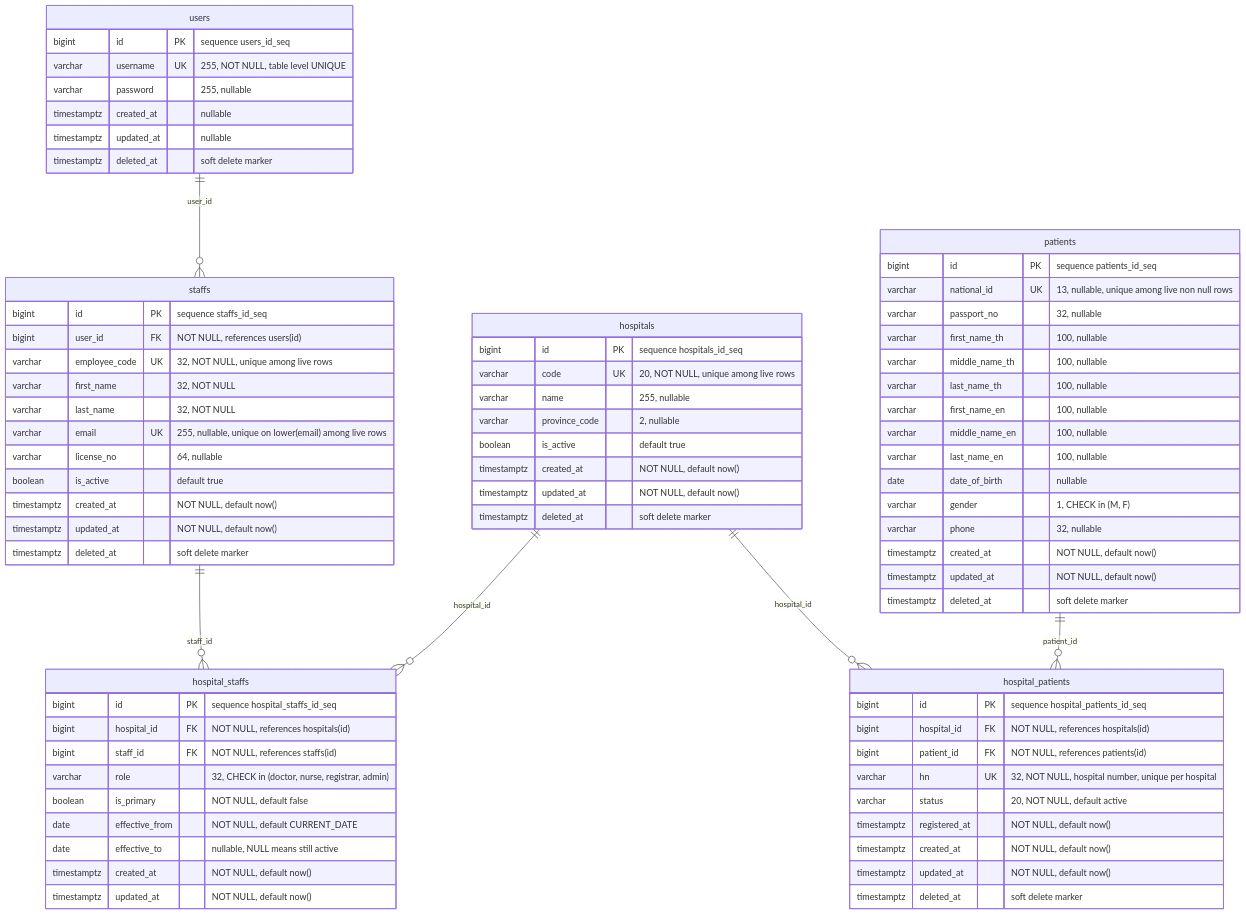
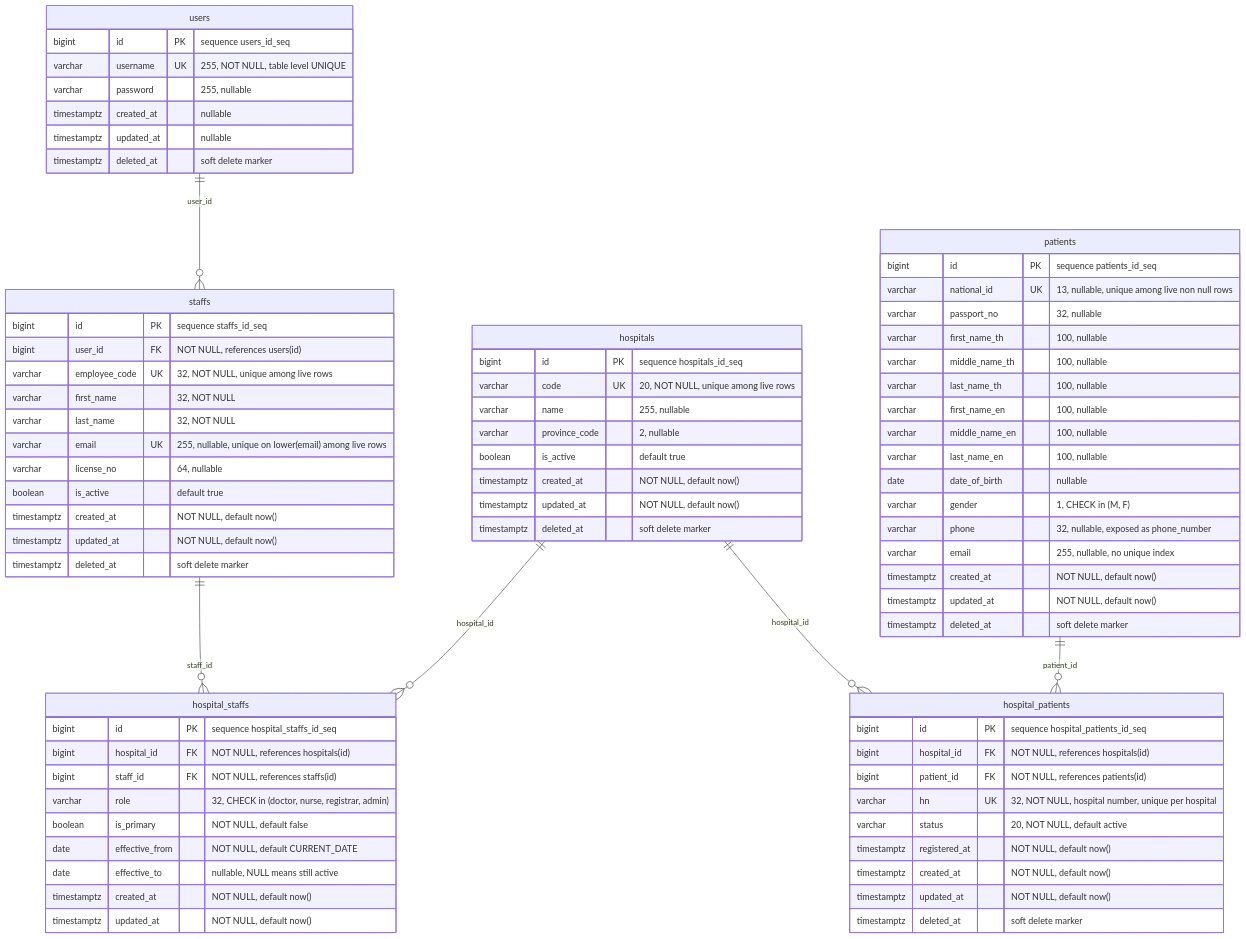
One commit to nutchapon-m/agnos-backend-assignment changed the diagram in docs/er-diagram.md. Above: the diagram before and after it, drawn with Mermaid. The commit also changed other lines of this file and 43 other files, not shown here.

```diff
--- a/docs/er-diagram.md
+++ b/docs/er-diagram.md
@@ -45,7 +49,8 @@
         varchar last_name_en "100, nullable"
         date date_of_birth "nullable"
         varchar gender "1, CHECK in (M, F)"
-        varchar phone "32, nullable"
+        varchar phone "32, nullable, exposed as phone_number"
+        varchar email "255, nullable, no unique index"
         timestamptz created_at "NOT NULL, default now()"
         timestamptz updated_at "NOT NULL, default now()"
         timestamptz deleted_at "soft delete marker"
```
